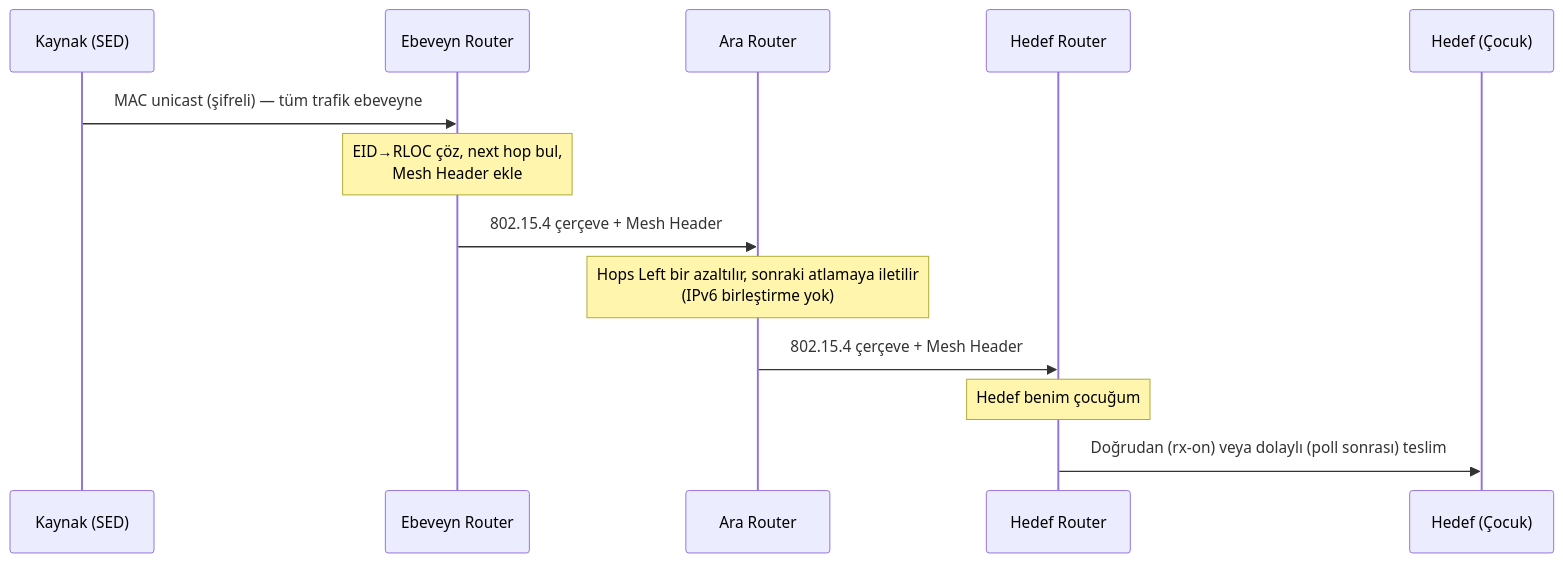
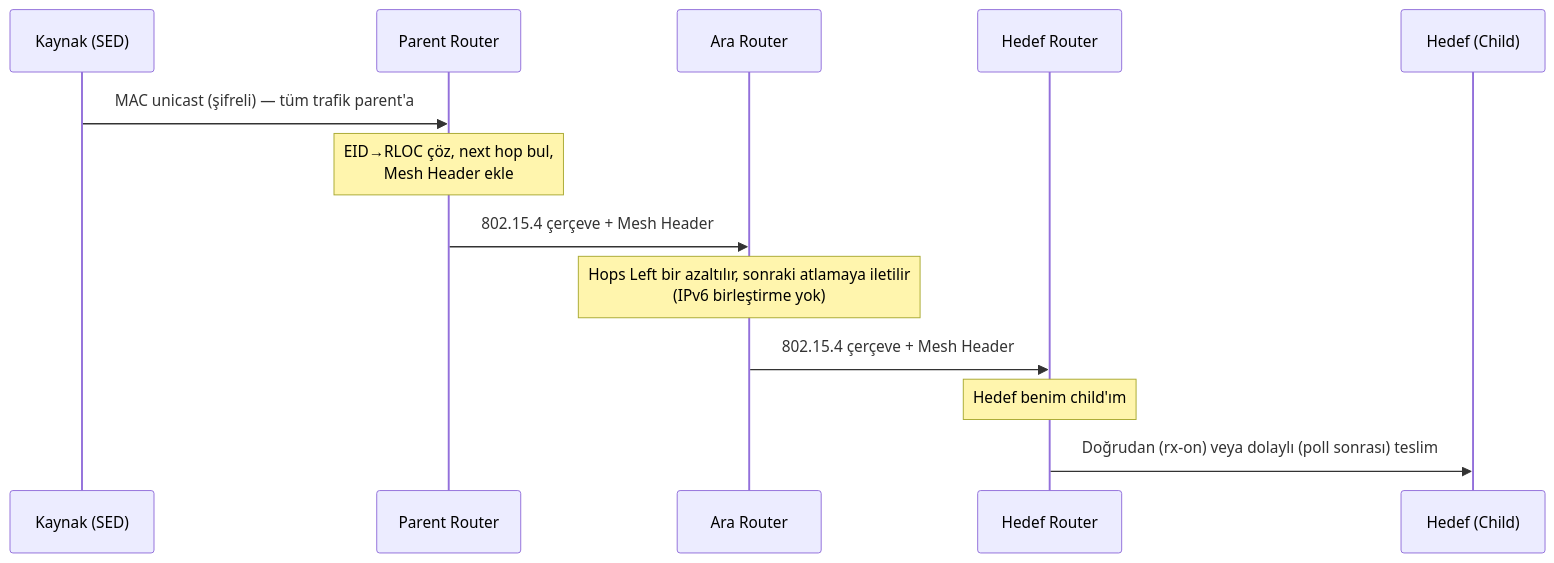
Before and after one commit to Berkancelik/thread-architecture: the third of 3 diagrams in bolumler/02-yigin.md, drawn with Mermaid. The commit also changed other lines of this file and 31 other files, not shown here.

````diff
--- a/bolumler/02-yigin.md
+++ b/bolumler/02-yigin.md
@@ -134,15 +134,15 @@
 ```mermaid
 sequenceDiagram
     participant A as Kaynak (SED)
-    participant P as Ebeveyn Router
+    participant P as Parent Router
     participant R as Ara Router
     participant H as Hedef Router
-    participant B as Hedef (Çocuk)
-    A->>P: MAC unicast (şifreli) — tüm trafik ebeveyne
+    participant B as Hedef (Child)
+    A->>P: MAC unicast (şifreli) — tüm trafik parent'a
     Note over P: EID→RLOC çöz, next hop bul,<br/>Mesh Header ekle
     P->>R: 802.15.4 çerçeve + Mesh Header
     Note over R: Hops Left bir azaltılır, sonraki atlamaya iletilir<br/>(IPv6 birleştirme yok)
     R->>H: 802.15.4 çerçeve + Mesh Header
-    Note over H: Hedef benim çocuğum
+    Note over H: Hedef benim child'ım
     H->>B: Doğrudan (rx-on) veya dolaylı (poll sonrası) teslim
 ```
````
